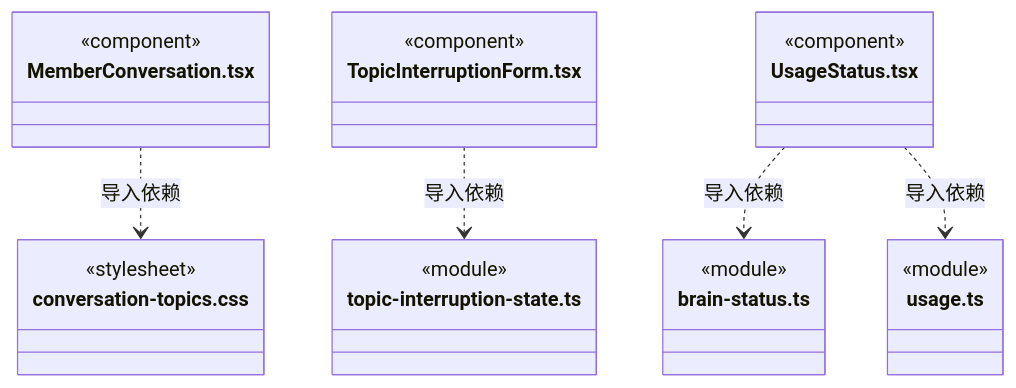
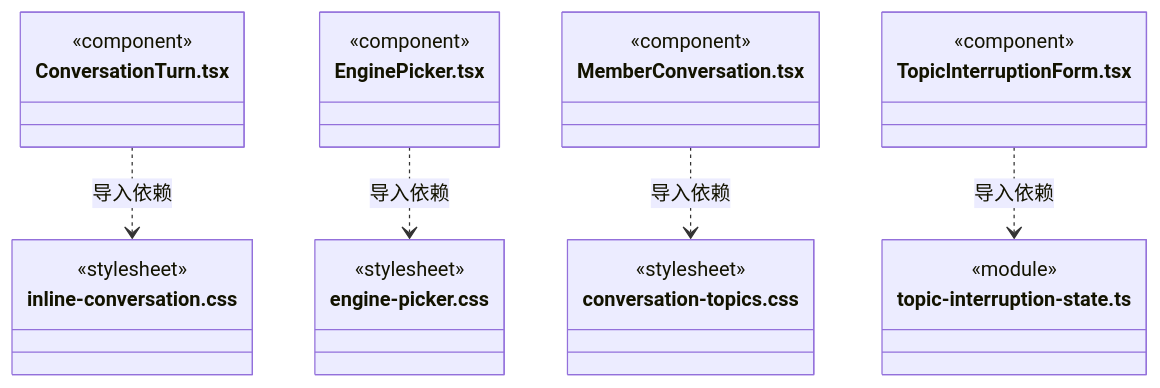
Before and after one commit to nan023062/cbim: diagram 50 of 53 in src/view/conversation/ARCHITECTURE.md, drawn with Mermaid. The commit also changed other lines of this file and 37 other files, not shown here.

Commit message:
feat: manage engines in conversation picker (#95)

````diff
--- a/src/view/conversation/ARCHITECTURE.md
+++ b/src/view/conversation/ARCHITECTURE.md
@@ -767,28 +796,31 @@
 ```mermaid
 classDiagram
+class N_src_view_conversation_ConversationTurn_tsx["ConversationTurn.tsx"] {
+  <<component>>
+}
+class N_src_view_conversation_inline_conversation_css["inline-conversation.css"] {
+  <<stylesheet>>
+}
+class N_src_view_conversation_EnginePicker_tsx["EnginePicker.tsx"] {
+  <<component>>
+}
+class N_src_view_conversation_engine_picker_css["engine-picker.css"] {
+  <<stylesheet>>
+}
 class N_src_view_conversation_MemberConversation_tsx["MemberConversation.tsx"] {
   <<component>>
 }
 class N_src_view_conversation_conversation_topics_css["conversation-topics.css"] {
   <<stylesheet>>
 }
 class N_src_view_conversation_TopicInterruptionForm_tsx["TopicInterruptionForm.tsx"] {
   <<component>>
 }
 class N_src_view_conversation_topic_interruption_state_ts["topic-interruption-state.ts"] {
   <<module>>
 }
-class N_src_view_conversation_UsageStatus_tsx["UsageStatus.tsx"] {
-  <<component>>
-}
-class N_src_view_conversation_brain_status_ts["brain-status.ts"] {
-  <<module>>
-}
-class N_src_view_conversation_usage_ts["usage.ts"] {
-  <<module>>
-}
+N_src_view_conversation_ConversationTurn_tsx ..> N_src_view_conversation_inline_conversation_css : 导入依赖
+N_src_view_conversation_EnginePicker_tsx ..> N_src_view_conversation_engine_picker_css : 导入依赖
 N_src_view_conversation_MemberConversation_tsx ..> N_src_view_conversation_conversation_topics_css : 导入依赖
 N_src_view_conversation_TopicInterruptionForm_tsx ..> N_src_view_conversation_topic_interruption_state_ts : 导入依赖
-N_src_view_conversation_UsageStatus_tsx ..> N_src_view_conversation_brain_status_ts : 导入依赖
-N_src_view_conversation_UsageStatus_tsx ..> N_src_view_conversation_usage_ts : 导入依赖
 ```
````
